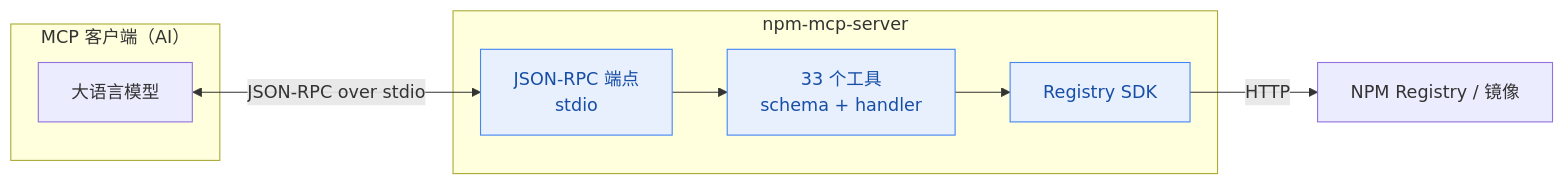
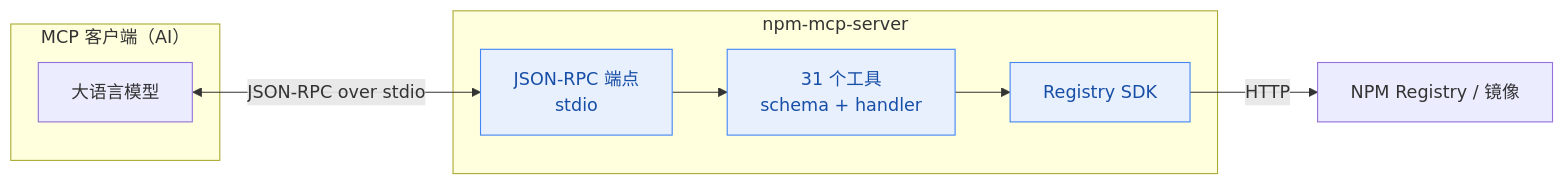
The first of 3 diagrams in website/mcp-server.md (scagogogo/npm-skills), drawn with Mermaid before and after one commit. The commit also changed other lines of this file and 6 other files, not shown here.

````diff
--- a/website/mcp-server.md
+++ b/website/mcp-server.md
@@ -9,20 +9,20 @@
 ```mermaid
 flowchart LR
     subgraph 客户端["MCP 客户端（AI）"]
         LLM["大语言模型"]
     end
     subgraph 服务器["npm-mcp-server"]
         RPC["JSON-RPC 端点<br/>stdio"]
-        Tools["33 个工具<br/>schema + handler"]
+        Tools["31 个工具<br/>schema + handler"]
         SDK["Registry SDK"]
     end
     N["NPM Registry / 镜像"]
 
     LLM <-->|"JSON-RPC over stdio"| RPC
     RPC --> Tools
     Tools --> SDK
     SDK -->|HTTP| N
 
     classDef srv fill:#e8f0fe,stroke:#4285f4,color:#174ea6;
     class RPC,Tools,SDK srv;
 ```
````
